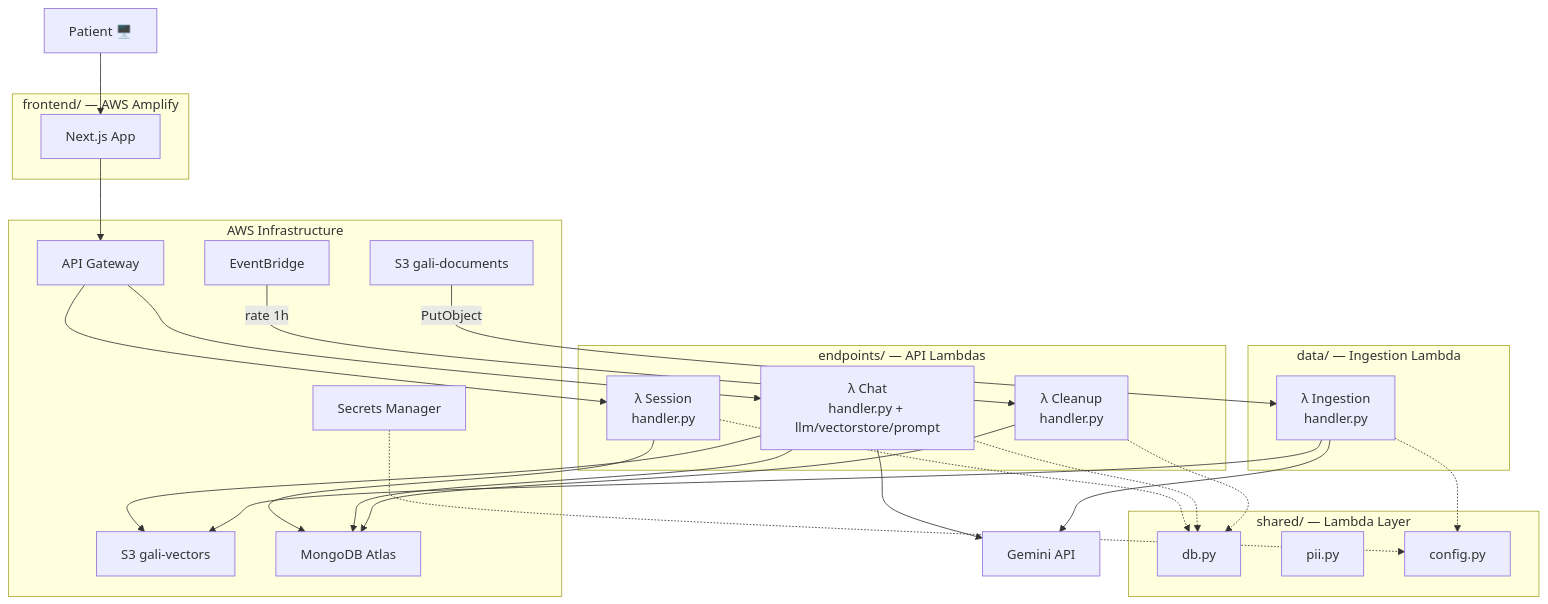
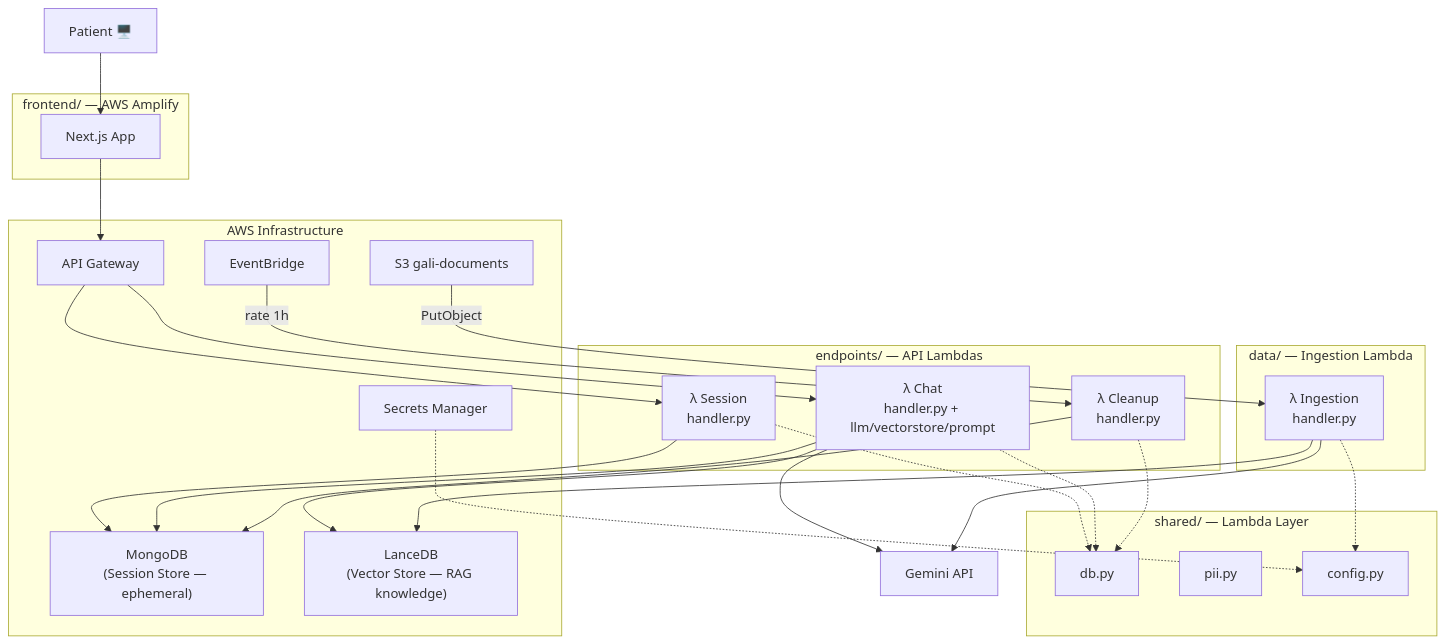
Before and after one commit to EB-WildEye/Gali: the first of 11 diagrams in README.md, drawn with Mermaid. The commit also changed other lines of this file, not shown here.

First line of the commit message:
Clarify MongoDB as session store in README

````diff
--- a/README.md
+++ b/README.md
@@ -48,52 +48,52 @@
 ```mermaid
 flowchart TB
     subgraph FRONTEND["frontend/ — AWS Amplify"]
         NEXT["Next.js App"]
     end
 
     subgraph ENDPOINTS["endpoints/ — API Lambdas"]
         L1["λ Session<br/>handler.py"]
         L2["λ Chat<br/>handler.py + llm/vectorstore/prompt"]
         L4["λ Cleanup<br/>handler.py"]
     end
 
     subgraph DATA["data/ — Ingestion Lambda"]
         L3["λ Ingestion<br/>handler.py"]
     end
 
     subgraph SHARED["shared/ — Lambda Layer"]
         DB["db.py"]
         PII["pii.py"]
         CONF["config.py"]
     end
 
     subgraph INFRA["AWS Infrastructure"]
         GW["API Gateway"]
         S3D["S3 gali-documents"]
-        S3V["S3 gali-vectors"]
-        ATLAS["MongoDB Atlas"]
+        MONGO["MongoDB<br/>(Session Store — ephemeral)"]
+        LANCE["LanceDB<br/>(Vector Store — RAG knowledge)"]
         SM["Secrets Manager"]
         EB["EventBridge"]
-    end
+    end  
 
     PATIENT["Patient 🖥️"] --> NEXT
     NEXT --> GW
     GW --> L1
     GW --> L2
     S3D -->|PutObject| L3
     EB -->|rate 1h| L4
 
     L1 -.-> DB
     L2 -.-> DB
     L4 -.-> DB
     L3 -.-> CONF
 
-    L1 --> ATLAS
-    L2 --> ATLAS
-    L2 --> S3V
+    L1 --> MONGO
+    L2 --> MONGO
+    L2 --> LANCE
     L2 --> GEMINI["Gemini API"]
-    L3 --> S3V
+    L3 --> LANCE
     L3 --> GEMINI
-    L4 --> ATLAS
+    L4 --> MONGO
     SM -.-> CONF
 ```
````
